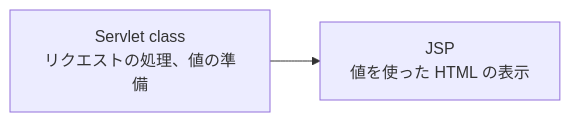
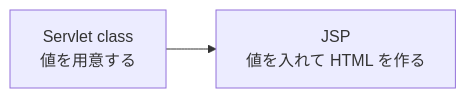
The diagram in servlet/05-jsp/01-what-is-jsp.md (Appricot144/teaching-material), drawn with Mermaid before and after one commit. The commit also changed other lines of this file and 3 other files, not shown here.

````diff
--- a/servlet/05-jsp/01-what-is-jsp.md
+++ b/servlet/05-jsp/01-what-is-jsp.md
@@ -27,4 +45,4 @@
 ```mermaid
 flowchart LR
-    A["Servlet class<br/>リクエストの処理、値の準備"] --> B["JSP<br/>値を使った HTML の表示"]
+    A["Servlet class<br/>値を用意する"] --> B["JSP<br/>値を入れて HTML を作る"]
 ```
````
